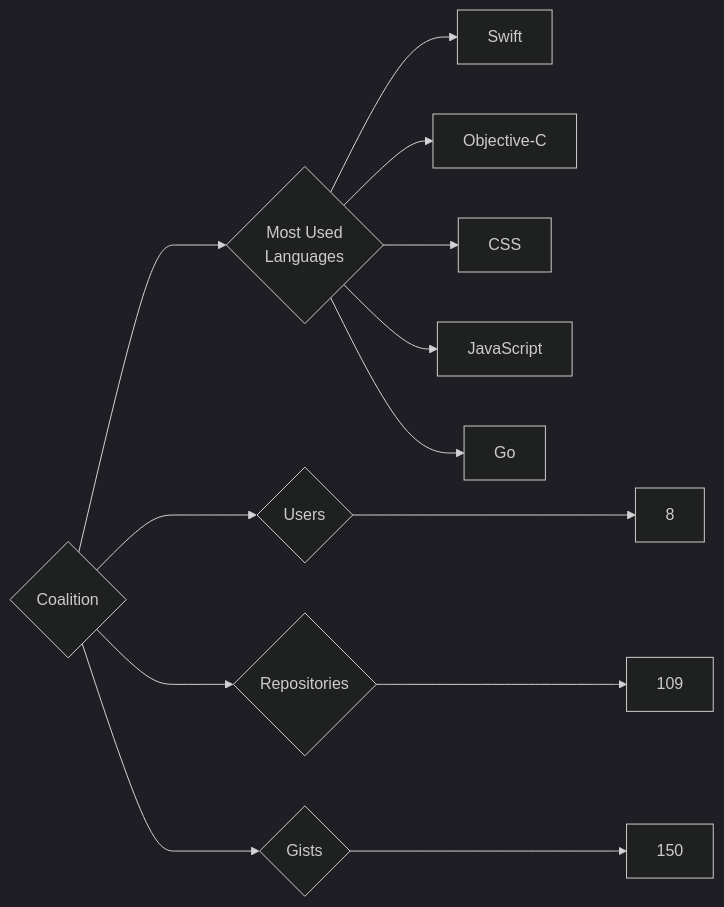
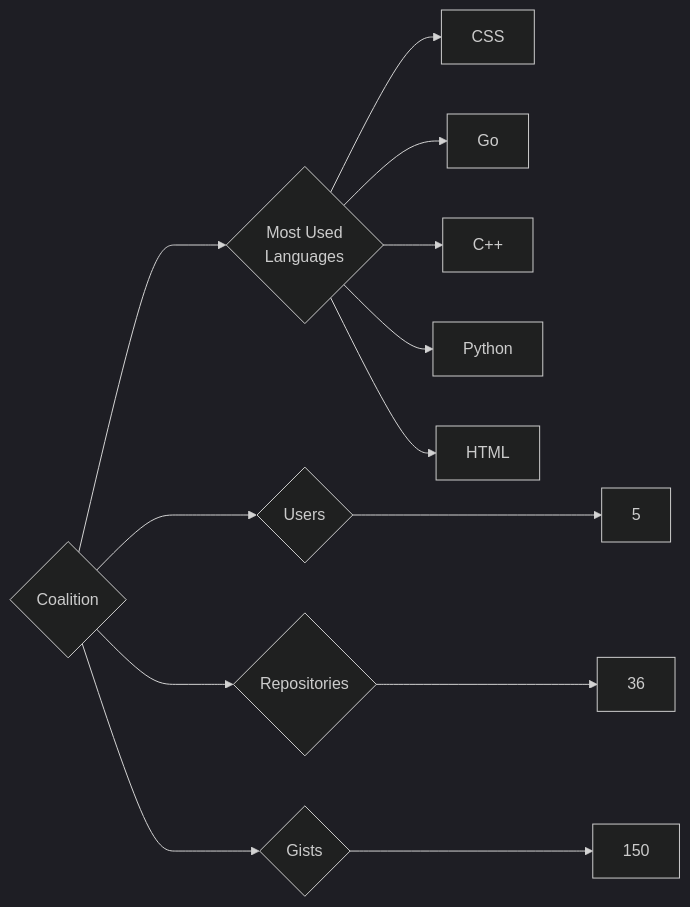
Before and after one commit to trickest/insiders: the diagram in targets/Coalition/README.md, drawn with Mermaid (dark theme). The commit also changed 633 other files, not shown here.

````diff
--- a/targets/Coalition/README.md
+++ b/targets/Coalition/README.md
@@ -3,13 +3,13 @@
 ```mermaid
 graph LR
 COMPANY_NAME{Coalition}
-COMPANY_NAME ---> U{Users} ---> UN[8]
-COMPANY_NAME ---> R{Repositories} ---> RN[109]
+COMPANY_NAME ---> U{Users} ---> UN[5]
+COMPANY_NAME ---> R{Repositories} ---> RN[36]
 COMPANY_NAME ---> G{Gists} ---> GN[150]
 COMPANY_NAME ---> ML{Most Used<br>Languages}
-ML --> Swift[Swift]
-ML --> Objective-C[Objective-C]
 ML --> CSS[CSS]
-ML --> JavaScript[JavaScript]
 ML --> Go[Go]
+ML --> C++[C++]
+ML --> Python[Python]
+ML --> HTML[HTML]
 ```
````
